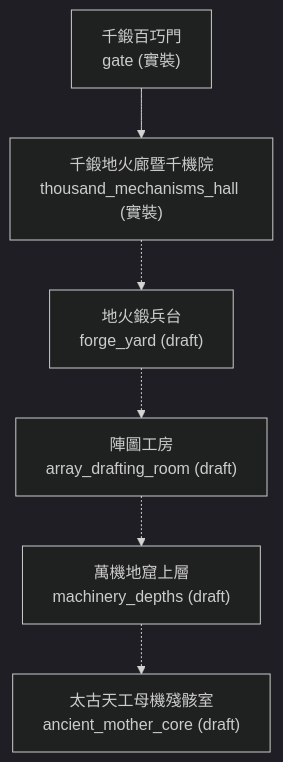
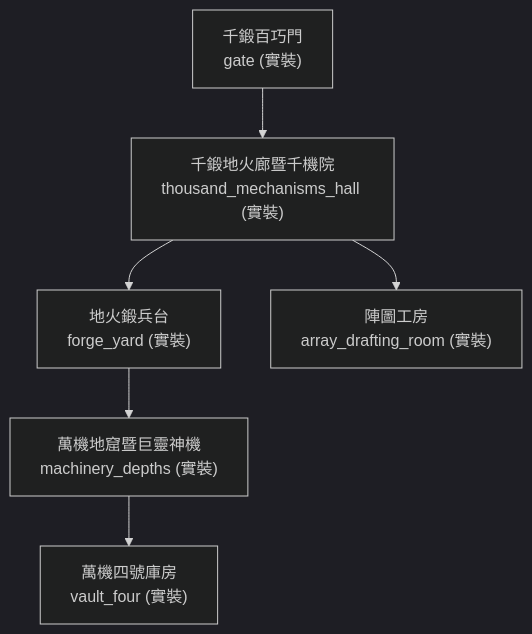
Before and after one commit to wade-fs/mudscript: the diagram in forgotten-space/narrative/docs/maps/tier2/tiangong_map.md, drawn with Mermaid (dark theme). The commit also changed other lines of this file and 41 other files, not shown here.

````diff
--- a/forgotten-space/narrative/docs/maps/tier2/tiangong_map.md
+++ b/forgotten-space/narrative/docs/maps/tier2/tiangong_map.md
@@ -18,14 +20,14 @@
 ```mermaid
 flowchart TD
   gate["千鍛百巧門<br/>gate (實裝)"]
   thousand_mechanisms_hall["千鍛地火廊暨千機院<br/>thousand_mechanisms_hall (實裝)"]
-  forge_yard["地火鍛兵台<br/>forge_yard (draft)"]
-  array_drafting_room["陣圖工房<br/>array_drafting_room (draft)"]
-  machinery_depths["萬機地窟上層<br/>machinery_depths (draft)"]
-  ancient_mother_core["太古天工母機殘骸室<br/>ancient_mother_core (draft)"]
+  forge_yard["地火鍛兵台<br/>forge_yard (實裝)"]
+  array_drafting_room["陣圖工房<br/>array_drafting_room (實裝)"]
+  machinery_depths["萬機地窟暨巨靈神機<br/>machinery_depths (實裝)"]
+  vault_four["萬機四號庫房<br/>vault_four (實裝)"]
   gate --> thousand_mechanisms_hall
-  thousand_mechanisms_hall -.-> forge_yard
-  forge_yard -.-> array_drafting_room
-  array_drafting_room -.-> machinery_depths
-  machinery_depths -.-> ancient_mother_core
+  thousand_mechanisms_hall --> forge_yard
+  thousand_mechanisms_hall --> array_drafting_room
+  forge_yard --> machinery_depths
+  machinery_depths --> vault_four
 ```
````
